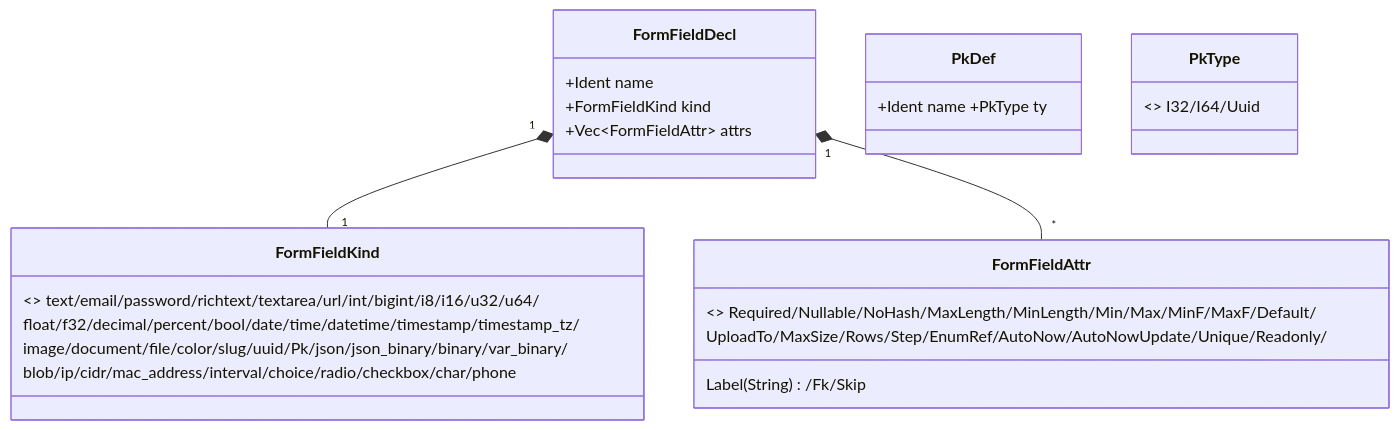
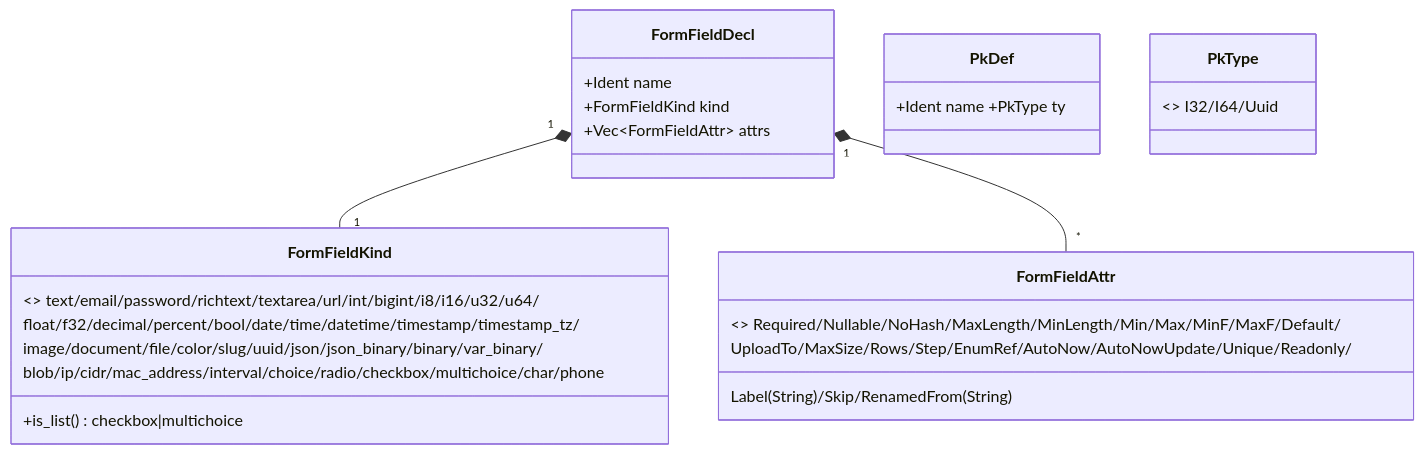
The first of 3 diagrams in diagramme/uml/derive_form/proc-macro.md (seb-alliot/runique), drawn with Mermaid before and after one commit. The commit also changed other lines of this file and 93 other files, not shown here.

````diff
--- a/diagramme/uml/derive_form/proc-macro.md
+++ b/diagramme/uml/derive_form/proc-macro.md
@@ -20,23 +19,24 @@
 ```mermaid
 classDiagram
     class FormFieldDecl {
         +Ident name
         +FormFieldKind kind
         +Vec~FormFieldAttr~ attrs
     }
     class FormFieldKind {
         <<enum>> text/email/password/richtext/textarea/url/int/bigint/i8/i16/u32/u64/
         float/f32/decimal/percent/bool/date/time/datetime/timestamp/timestamp_tz/
-        image/document/file/color/slug/uuid/Pk/json/json_binary/binary/var_binary/
-        blob/ip/cidr/mac_address/interval/choice/radio/checkbox/char/phone
+        image/document/file/color/slug/uuid/json/json_binary/binary/var_binary/
+        blob/ip/cidr/mac_address/interval/choice/radio/checkbox/multichoice/char/phone
+        +is_list() checkbox|multichoice
     }
     class FormFieldAttr {
         <<enum>> Required/Nullable/NoHash/MaxLength/MinLength/Min/Max/MinF/MaxF/Default/
         UploadTo/MaxSize/Rows/Step/EnumRef/AutoNow/AutoNowUpdate/Unique/Readonly/
-        Label(String)/Fk/Skip
+        Label(String)/Skip/RenamedFrom(String)
     }
     class PkDef { +Ident name +PkType ty }
     class PkType { <<enum>> I32/I64/Uuid }
     FormFieldDecl "1" *-- "1" FormFieldKind
     FormFieldDecl "1" *-- "*" FormFieldAttr
 ```
````
